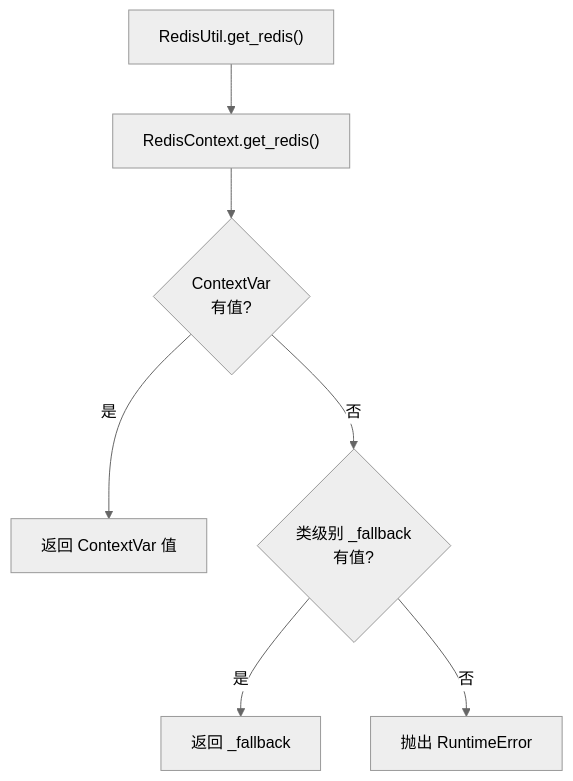
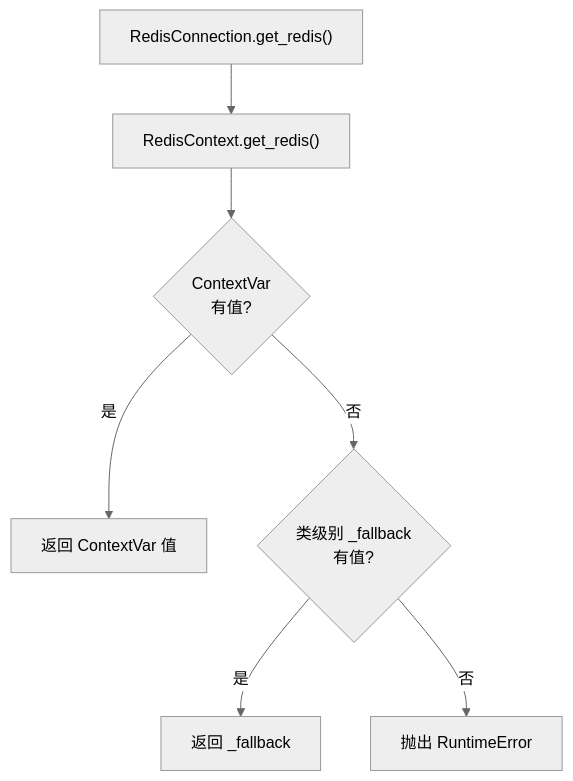
The third of 6 diagrams in docs/infrastructure/Redis与数据库基础设施.md (jiangwch03/knowledge), drawn with Mermaid (neutral theme) before and after one commit. The commit also changed other lines of this file and 2 other files, not shown here.

````diff
--- a/docs/infrastructure/Redis与数据库基础设施.md
+++ b/docs/infrastructure/Redis与数据库基础设施.md
@@ -64,9 +64,9 @@
 ```mermaid
 graph TD
-    GetRedis["RedisUtil.get_redis()"] --> CallCtx["RedisContext.get_redis()"]
+    GetRedis["RedisConnection.get_redis()"] --> CallCtx["RedisContext.get_redis()"]
     CallCtx --> CheckCV{"ContextVar<br/>有值?"}
     CheckCV -->|是| ReturnCV["返回 ContextVar 值"]
     CheckCV -->|否| CheckFB{"类级别 _fallback<br/>有值?"}
     CheckFB -->|是| ReturnFB["返回 _fallback"]
     CheckFB -->|否| Raise["抛出 RuntimeError"]
 ```
````
